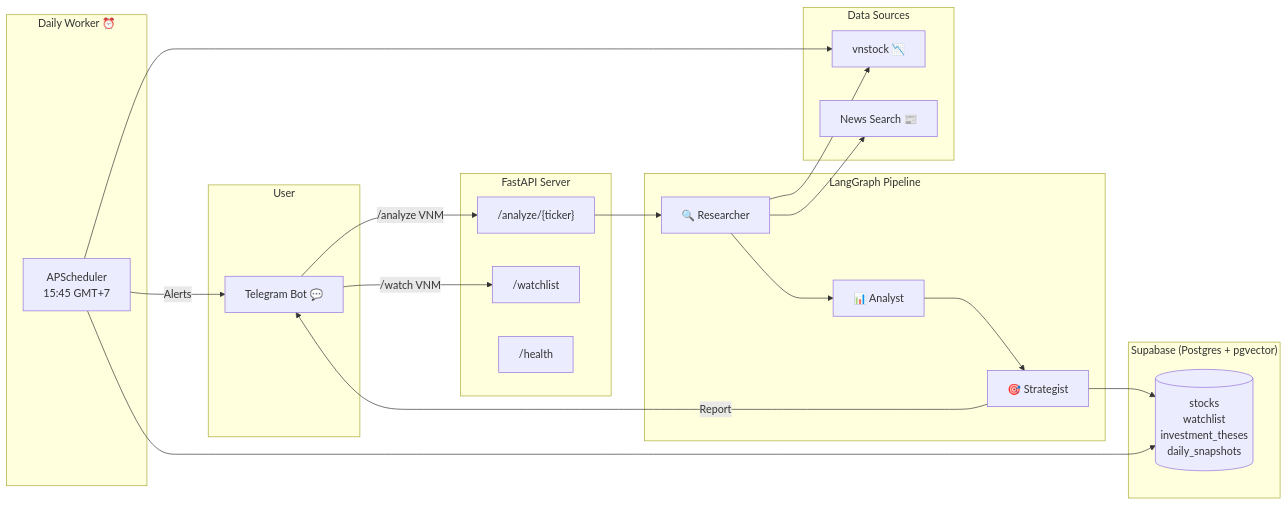
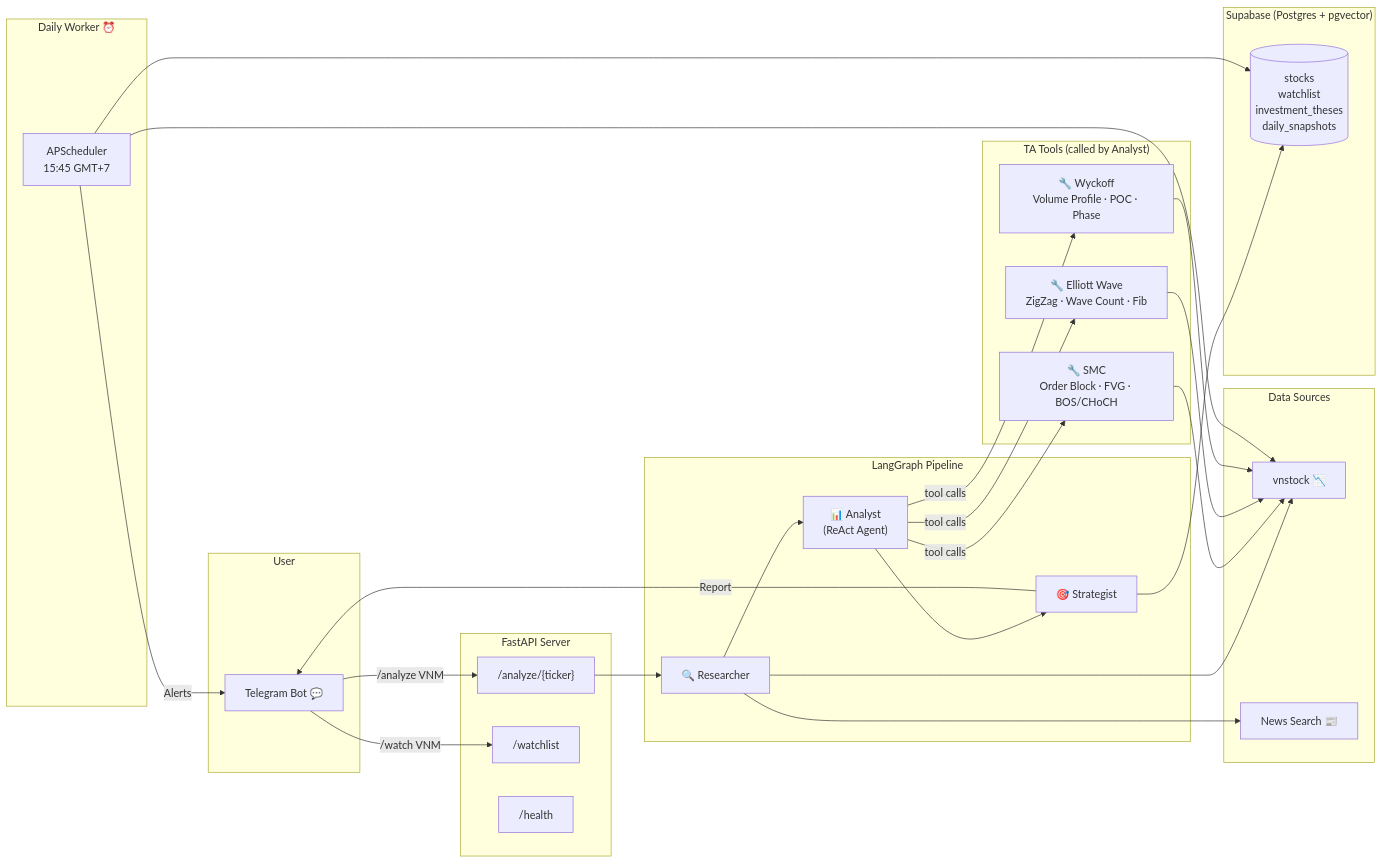
The first of 2 diagrams in README.md (cuongnmhe140724/vn-stock-copilot), drawn with Mermaid before and after one commit. The commit also changed other lines of this file and 10 other files, not shown here.

````diff
--- a/README.md
+++ b/README.md
@@ -7,43 +7,55 @@
 ```mermaid
 flowchart LR
     subgraph User
         TG["Telegram Bot 💬"]
     end
 
     subgraph API ["FastAPI Server"]
         EP["/analyze/{ticker}"]
         WL["/watchlist"]
         HP["/health"]
     end
 
     subgraph LangGraph ["LangGraph Pipeline"]
         R["🔍 Researcher"]
-        A["📊 Analyst"]
+        A["📊 Analyst<br/>(ReAct Agent)"]
         S["🎯 Strategist"]
         R --> A --> S
+    end
+
+    subgraph Tools ["TA Tools (called by Analyst)"]
+        T1["🔧 SMC<br/>Order Block · FVG · BOS/CHoCH"]
+        T2["🔧 Elliott Wave<br/>ZigZag · Wave Count · Fib"]
+        T3["🔧 Wyckoff<br/>Volume Profile · POC · Phase"]
     end
 
     subgraph Data ["Data Sources"]
         VN["vnstock 📉"]
         NW["News Search 📰"]
     end
 
     subgraph Storage ["Supabase (Postgres + pgvector)"]
         DB[("stocks\nwatchlist\ninvestment_theses\ndaily_snapshots")]
     end
 
     subgraph Worker ["Daily Worker ⏰"]
         CJ["APScheduler\n15:45 GMT+7"]
     end
 
     TG -->|"/analyze VNM"| EP
     TG -->|"/watch VNM"| WL
     EP --> R
     R --> VN
     R --> NW
+    A -->|"tool calls"| T1
+    A -->|"tool calls"| T2
+    A -->|"tool calls"| T3
+    T1 --> VN
+    T2 --> VN
+    T3 --> VN
     S --> DB
     S -->|"Report"| TG
     CJ --> DB
     CJ -->|"Alerts"| TG
     CJ --> VN
 ```
````
